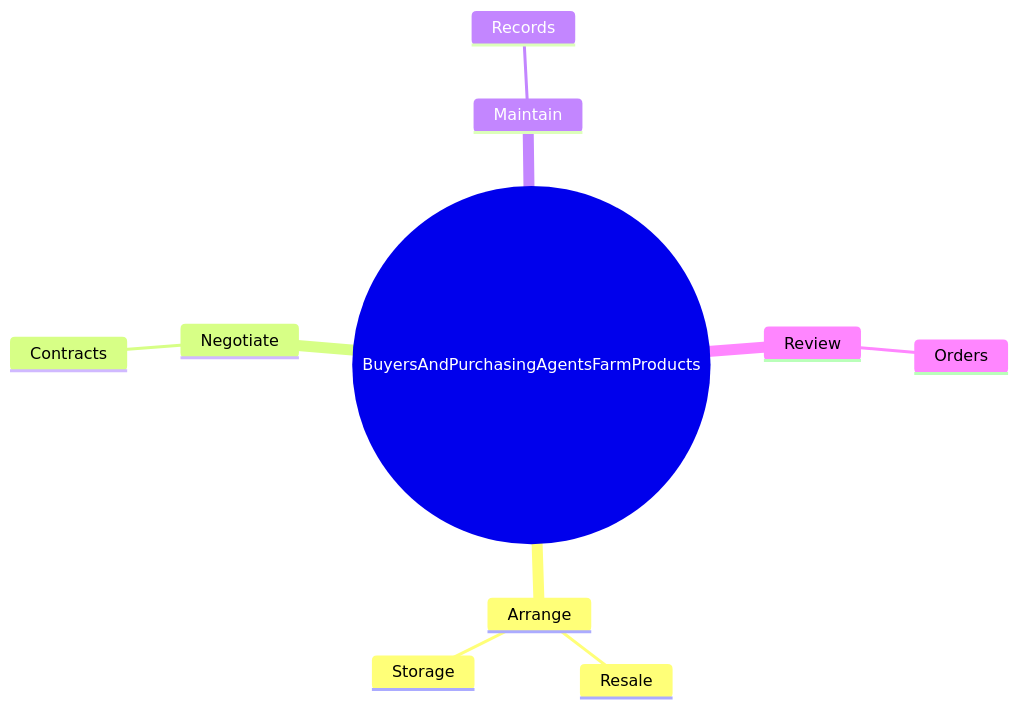
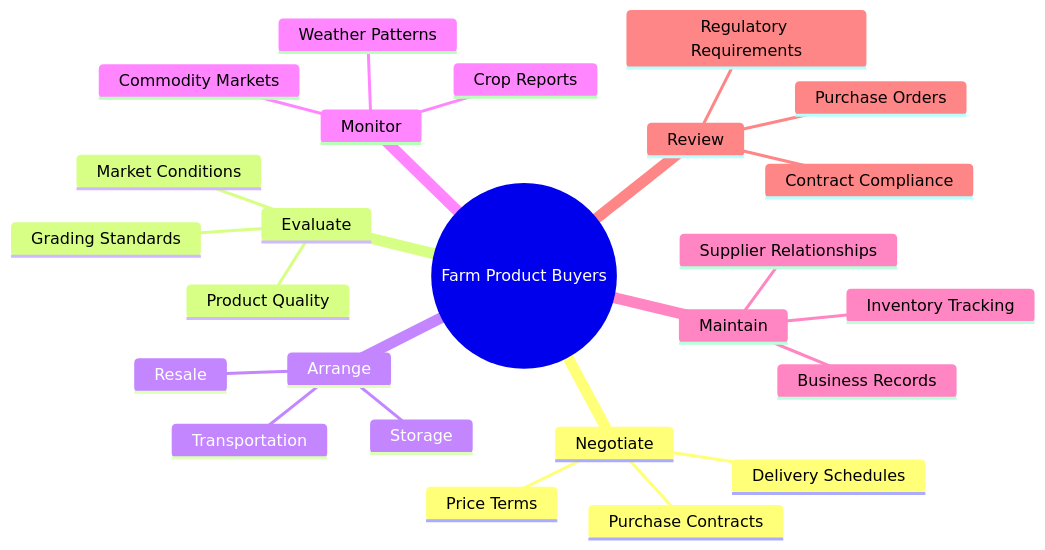
Before and after one commit to kziemski/business.org.ai: the second of 4 diagrams in occupations/Business/BuyersAndPurchasingAgentsFarmProducts.mdx, drawn with Mermaid. The commit also changed other lines of this file and 938 other files, not shown here.

````diff
--- a/occupations/Business/BuyersAndPurchasingAgentsFarmProducts.mdx
+++ b/occupations/Business/BuyersAndPurchasingAgentsFarmProducts.mdx
@@ -37,13 +48,28 @@
 ```mermaid
 mindmap
-    root(("BuyersAndPurchasingAgentsFarmProducts"))
+    root(("Farm Product Buyers"))
+        Negotiate
+            Purchase Contracts
+            Price Terms
+            Delivery Schedules
+        Evaluate
+            Product Quality
+            Grading Standards
+            Market Conditions
         Arrange
+            Storage
+            Transportation
             Resale
-            Storage
-        Negotiate
-            Contracts
+        Monitor
+            Commodity Markets
+            Weather Patterns
+            Crop Reports
         Maintain
-            Records
+            Business Records
+            Inventory Tracking
+            Supplier Relationships
         Review
-            Orders
+            Purchase Orders
+            Contract Compliance
+            Regulatory Requirements
 ```
````
